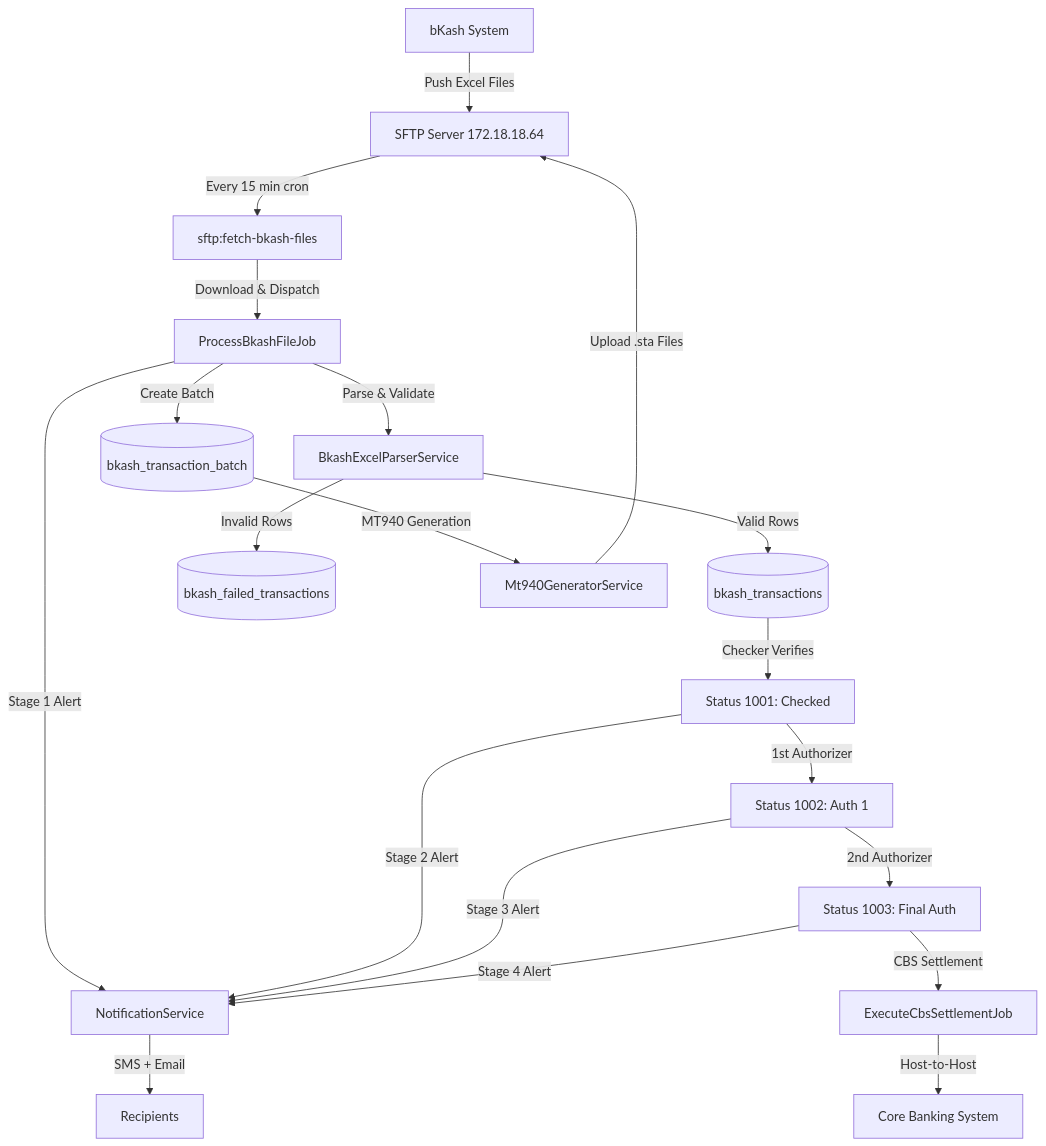
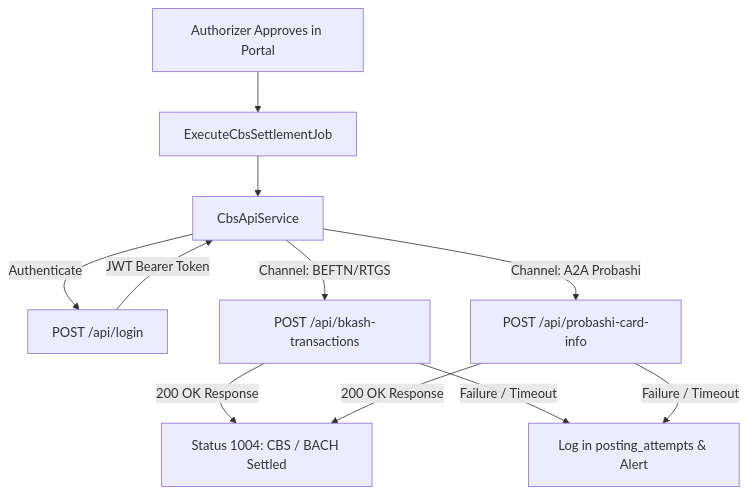
The diagram in README.md (syedarifulislamemon2010/jb-corporate---bkash), drawn with Mermaid before and after one commit. The commit also changed other lines of this file and 3 other files, not shown here.

Commit message:
integrate CBS Host-to-Host settlement API (BEFTN, RTGS, A2A) with CbsApiService, automated token caching, and updated README.md

````diff
--- a/README.md
+++ b/README.md
@@ -142,25 +29,11 @@
 ```mermaid
 flowchart TD
-    A[bKash System] -->|Push Excel Files| B[SFTP Server 172.18.18.64]
-    B -->|Every 15 min cron| C[sftp:fetch-bkash-files]
-    C -->|Download & Dispatch| D[ProcessBkashFileJob]
-    D -->|Parse & Validate| E[BkashExcelParserService]
-    E -->|Valid Rows| F[(bkash_transactions)]
-    E -->|Invalid Rows| G[(bkash_failed_transactions)]
-    D -->|Create Batch| H[(bkash_transaction_batch)]
-    D -->|Stage 1 Alert| I[NotificationService]
-    
-    F -->|Checker Verifies| J[Status 1001: Checked]
-    J -->|Stage 2 Alert| I
-    J -->|1st Authorizer| K[Status 1002: Auth 1]
-    K -->|Stage 3 Alert| I
-    K -->|2nd Authorizer| L[Status 1003: Final Auth]
-    L -->|Stage 4 Alert| I
-    L -->|CBS Settlement| M[ExecuteCbsSettlementJob]
-    M -->|Host-to-Host| N[Core Banking System]
-    
-    I -->|SMS + Email| O[Recipients]
-    
-    H -->|MT940 Generation| P[Mt940GeneratorService]
-    P -->|Upload .sta Files| B
+    A[Authorizer Approves in Portal] --> B[ExecuteCbsSettlementJob]
+    B --> C[CbsApiService]
+    C -->|Authenticate| D[POST /api/login]
+    D -->|JWT Bearer Token| C
+    C -->|Channel: BEFTN/RTGS| E[POST /api/bkash-transactions]
+    C -->|Channel: A2A Probashi| F[POST /api/probashi-card-info]
+    E & F -->|200 OK Response| G[Status 1004: CBS / BACH Settled]
+    E & F -->|Failure / Timeout| H[Log in posting_attempts & Alert]
 ```
````
